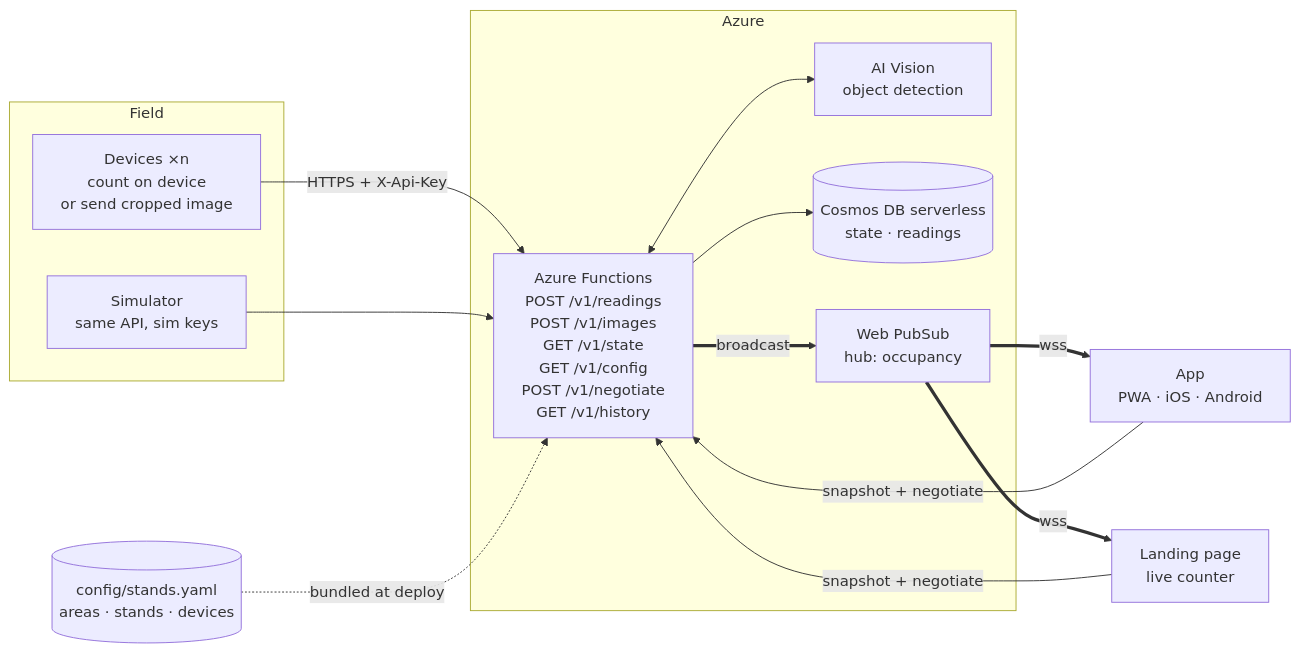
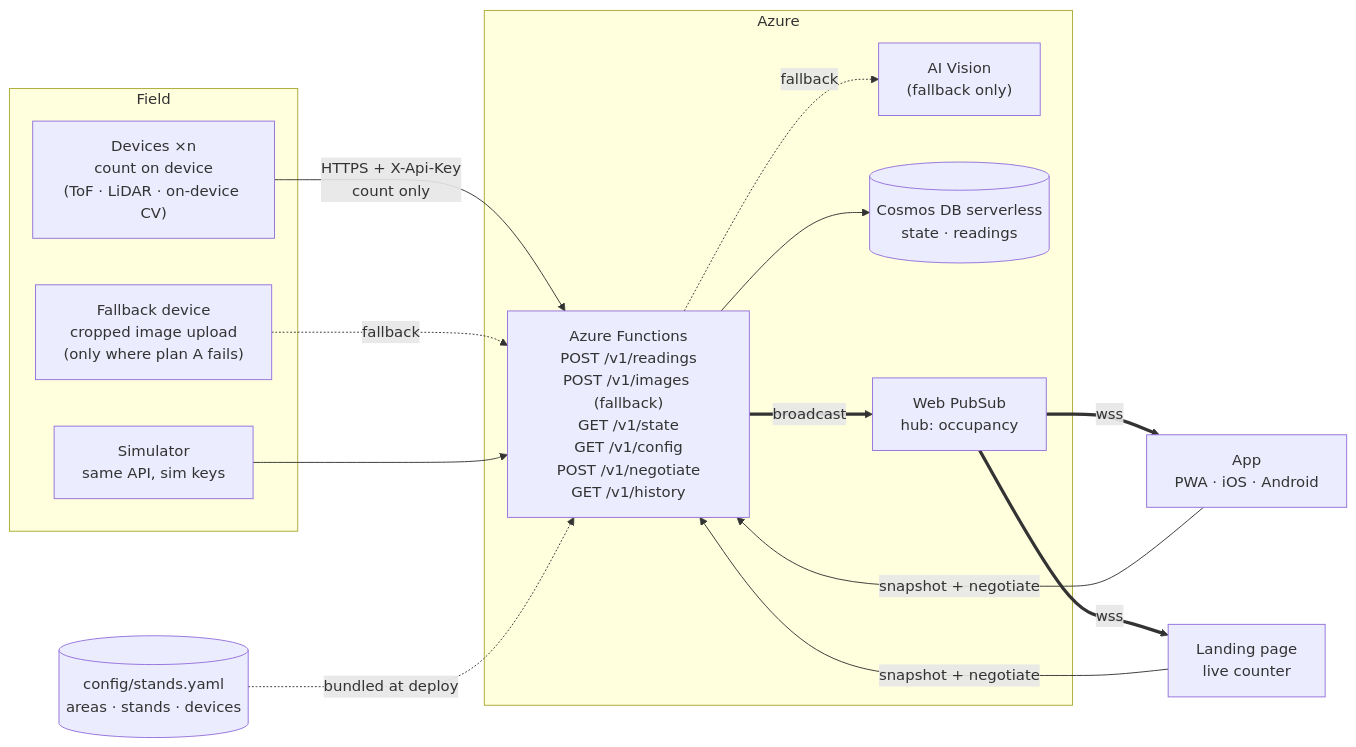
The first of 2 diagrams in documentation/architecture.md (The-Booligans/slotinvaders), drawn with Mermaid before and after one commit. The commit also changed other lines of this file and 17 other files, not shown here.

````diff
--- a/documentation/architecture.md
+++ b/documentation/architecture.md
@@ -28,27 +42,29 @@
 ```mermaid
 flowchart LR
   subgraph Field
-    D["Devices ×n<br/>count on device<br/>or send cropped image"]
+    D["Devices ×n<br/>count on device<br/>(ToF · LiDAR · on-device CV)"]
+    DF["Fallback device<br/>cropped image upload<br/>(only where plan A fails)"]
     S["Simulator<br/>same API, sim keys"]
   end
   C[("config/stands.yaml<br/>areas · stands · devices")]
   subgraph Azure
-    F["Azure Functions<br/>POST /v1/readings<br/>POST /v1/images<br/>GET /v1/state<br/>GET /v1/config<br/>POST /v1/negotiate<br/>GET /v1/history"]
-    V["AI Vision<br/>object detection"]
+    F["Azure Functions<br/>POST /v1/readings<br/>POST /v1/images (fallback)<br/>GET /v1/state<br/>GET /v1/config<br/>POST /v1/negotiate<br/>GET /v1/history"]
+    V["AI Vision<br/>(fallback only)"]
     DB[("Cosmos DB serverless<br/>state · readings")]
     P["Web PubSub<br/>hub: occupancy"]
   end
   A["App<br/>PWA · iOS · Android"]
   L["Landing page<br/>live counter"]
 
-  D -- "HTTPS + X-Api-Key" --> F
+  D -- "HTTPS + X-Api-Key<br/>count only" --> F
+  DF -. fallback .-> F
   S --> F
   C -. bundled at deploy .-> F
-  F <--> V
+  F -. fallback .-> V
   F --> DB
   F == broadcast ==> P
   P == wss ==> A
   P == wss ==> L
   A -- "snapshot + negotiate" --> F
   L -- "snapshot + negotiate" --> F
 ```
````
